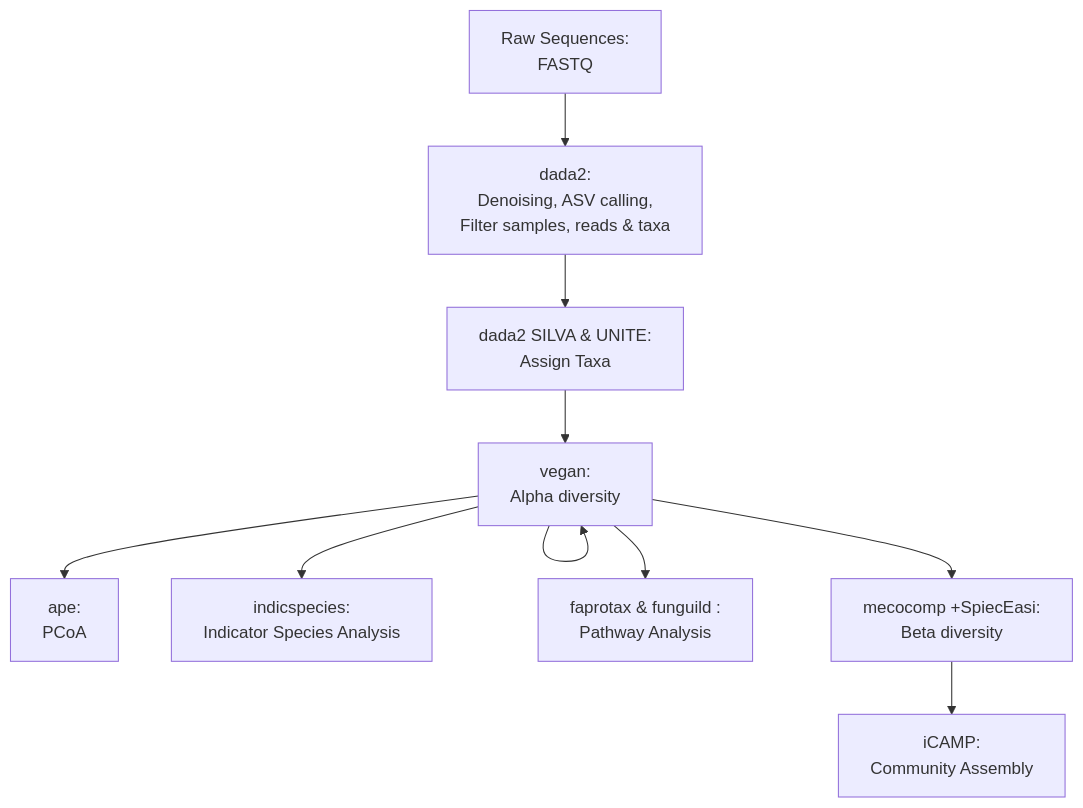
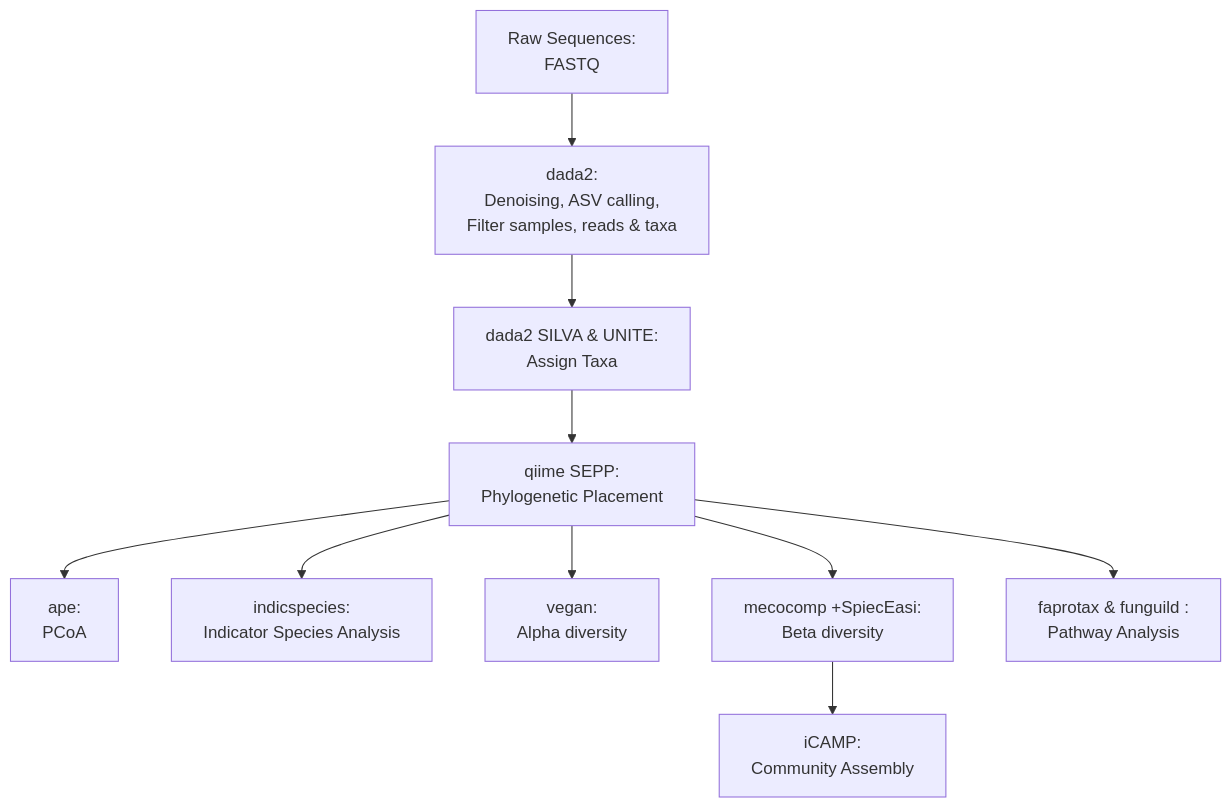
Before and after one commit to dbioinfo/drhizo: the first of 2 diagrams in README.md, drawn with Mermaid. The commit also changed other lines of this file, not shown here.

````diff
--- a/README.md
+++ b/README.md
@@ -8,12 +8,12 @@
 ```mermaid
 graph TB;
     A[Raw Sequences: \nFASTQ] --> B[dada2: \nDenoising, ASV calling, \nFilter samples, reads & taxa];
     B --> C[dada2 SILVA & UNITE: \nAssign Taxa];
     C --> D[qiime SEPP: \nPhylogenetic Placement];
     D --> H[ape: \nPCoA];
     D --> G[indicspecies: \nIndicator Species Analysis];
-    D --> D[vegan: \nAlpha diversity];
+    D --> J[vegan: \nAlpha diversity];
     D --> E[mecocomp +SpiecEasi: \nBeta diversity];
     E --> F[iCAMP: \nCommunity Assembly];
     D --> I[faprotax & funguild : \nPathway Analysis];
 ```
````
